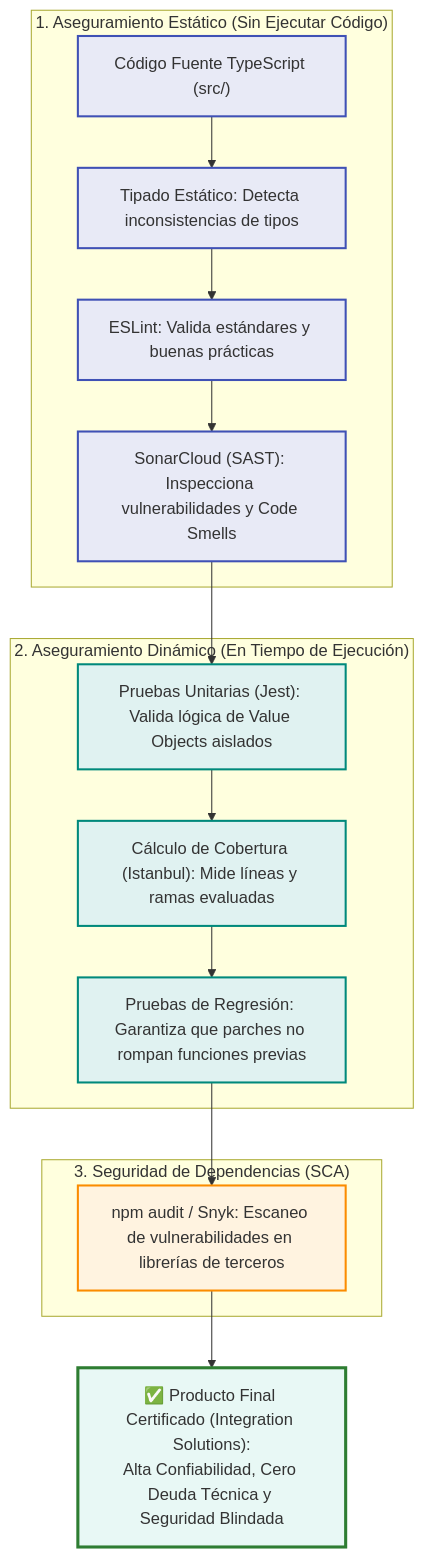
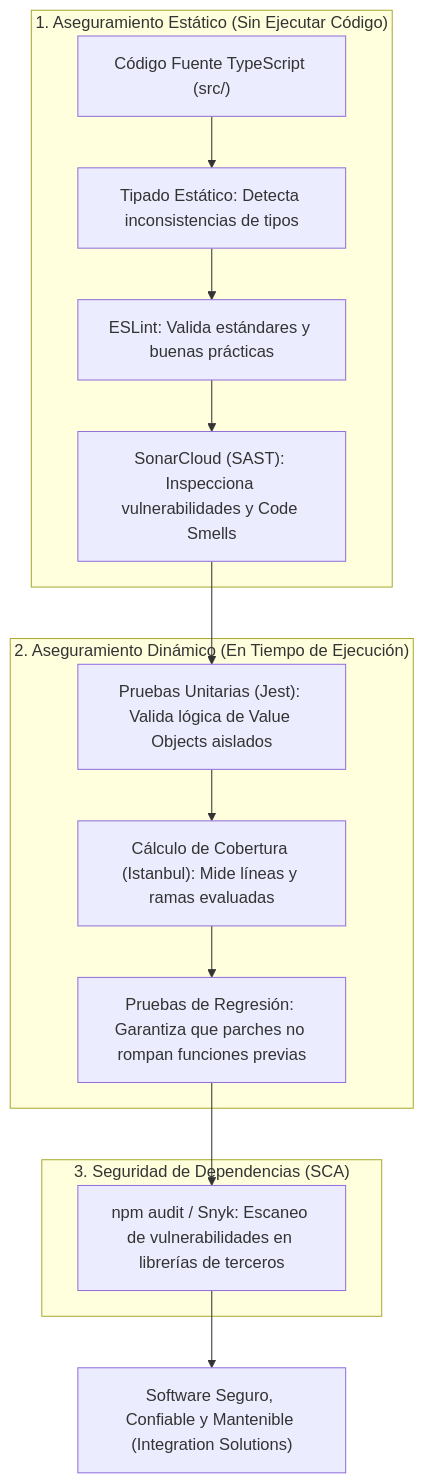
The second of 3 diagrams in INFORME_EVALUACION_2.md (CVDS-Grupo5/AUY1102-Pipeline), drawn with Mermaid before and after one commit. The commit also changed other lines of this file and 2 other files, not shown here.

Commit message:
[DMROMEROG] feat(seguridad): incorporacion de metricas oficiales de Snyk y mejora de contraste en diagramas

````diff
--- a/INFORME_EVALUACION_2.md
+++ b/INFORME_EVALUACION_2.md
@@ -75,30 +68,20 @@
 ```mermaid
 flowchart TD
     subgraph ETAPA1["1. Aseguramiento Estático (Sin Ejecutar Código)"]
         A1["Código Fuente TypeScript (src/)"] --> A2["Tipado Estático: Detecta inconsistencias de tipos"]
         A2 --> A3["ESLint: Valida estándares y buenas prácticas"]
         A3 --> A4["SonarCloud (SAST): Inspecciona vulnerabilidades y Code Smells"]
     end
 
     subgraph ETAPA2["2. Aseguramiento Dinámico (En Tiempo de Ejecución)"]
         A4 --> B1["Pruebas Unitarias (Jest): Valida lógica de Value Objects aislados"]
         B1 --> B2["Cálculo de Cobertura (Istanbul): Mide líneas y ramas evaluadas"]
         B2 --> B3["Pruebas de Regresión: Garantiza que parches no rompan funciones previas"]
     end
 
     subgraph ETAPA3["3. Seguridad de Dependencias (SCA)"]
         B3 --> C1["npm audit / Snyk: Escaneo de vulnerabilidades en librerías de terceros"]
     end
 
-    C1 --> FINAL["✅ Producto Final Certificado (Integration Solutions):\nAlta Confiabilidad, Cero Deuda Técnica y Seguridad Blindada"]
-
-    classDef estatico fill:#e8eaf6,stroke:#3f51b5,stroke-width:2px;
-    classDef dinamico fill:#e0f2f1,stroke:#00897b,stroke-width:2px;
-    classDef seguridad fill:#fff3e0,stroke:#fb8c00,stroke-width:2px;
-    classDef fin fill:#e8f8f5,stroke:#2e7d32,stroke-width:3px;
-
-    class A1,A2,A3,A4 estatico;
-    class B1,B2,B3 dinamico;
-    class C1 seguridad;
-    class FINAL fin;
+    C1 --> FINAL["Software Seguro, Confiable y Mantenible (Integration Solutions)"]
 ```
````
